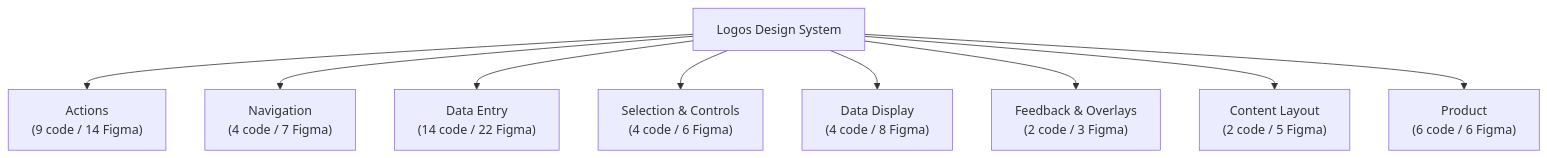
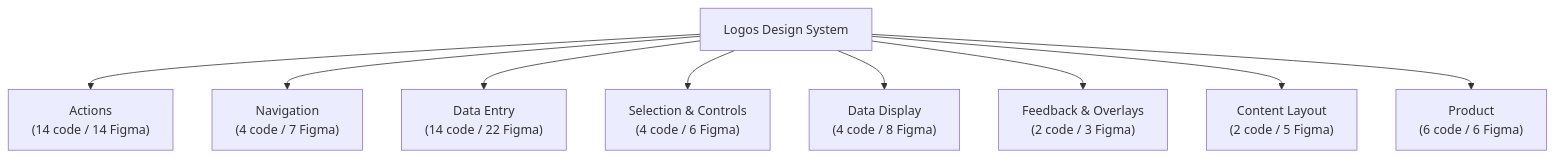
One commit to calebn/design-system-theme-evolution changed the second of 2 diagrams in inventory/docs/08-taxonomy.md. Above: the diagram before and after it, drawn with Mermaid. The commit also changed other lines of this file and 11 other files, not shown here.

Commit message:
refactor(icon-button): update architecture docs to reflect shape primitive strategy and add wrapper composition entries

````diff
--- a/inventory/docs/08-taxonomy.md
+++ b/inventory/docs/08-taxonomy.md
@@ -74,12 +79,12 @@
 ```mermaid
 graph TD
   DesignSystem["Logos Design System"]
-  DesignSystem --> actions["Actions\n(9 code / 14 Figma)"]
+  DesignSystem --> actions["Actions\n(14 code / 14 Figma)"]
   DesignSystem --> navigation["Navigation\n(4 code / 7 Figma)"]
   DesignSystem --> data_entry["Data Entry\n(14 code / 22 Figma)"]
   DesignSystem --> selection["Selection & Controls\n(4 code / 6 Figma)"]
   DesignSystem --> data_display["Data Display\n(4 code / 8 Figma)"]
   DesignSystem --> feedback["Feedback & Overlays\n(2 code / 3 Figma)"]
   DesignSystem --> content_layout["Content Layout\n(2 code / 5 Figma)"]
   DesignSystem --> product["Product\n(6 code / 6 Figma)"]
 ```
````
